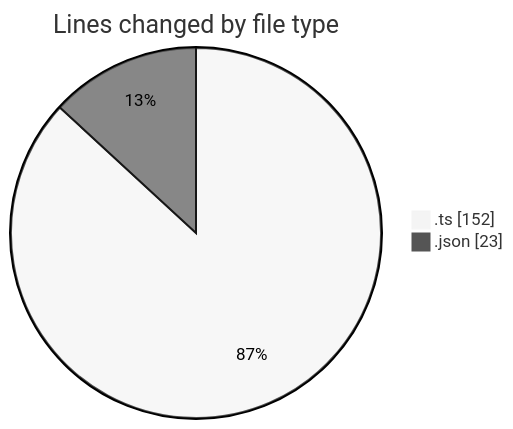
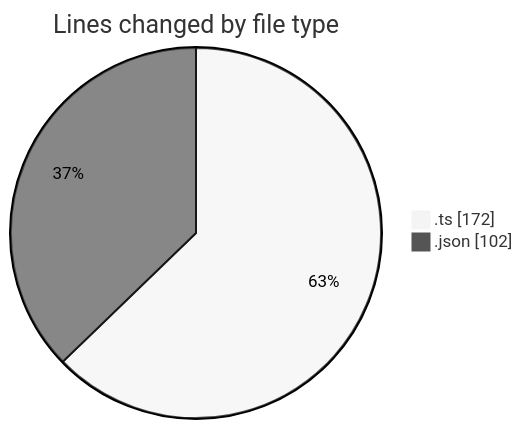
The first of 2 diagrams in 2026-03-30/cinema/README.md (igalym/code-tracking), drawn with Mermaid (neutral theme) before and after one commit. The commit also changed other lines of this file and 1 other file, not shown here.

````diff
--- a/2026-03-30/cinema/README.md
+++ b/2026-03-30/cinema/README.md
@@ -26,6 +28,6 @@
 ```mermaid
 pie showData
 title Lines changed by file type
-".ts" : 152
-".json" : 23
+".ts" : 172
+".json" : 102
 ```
````
